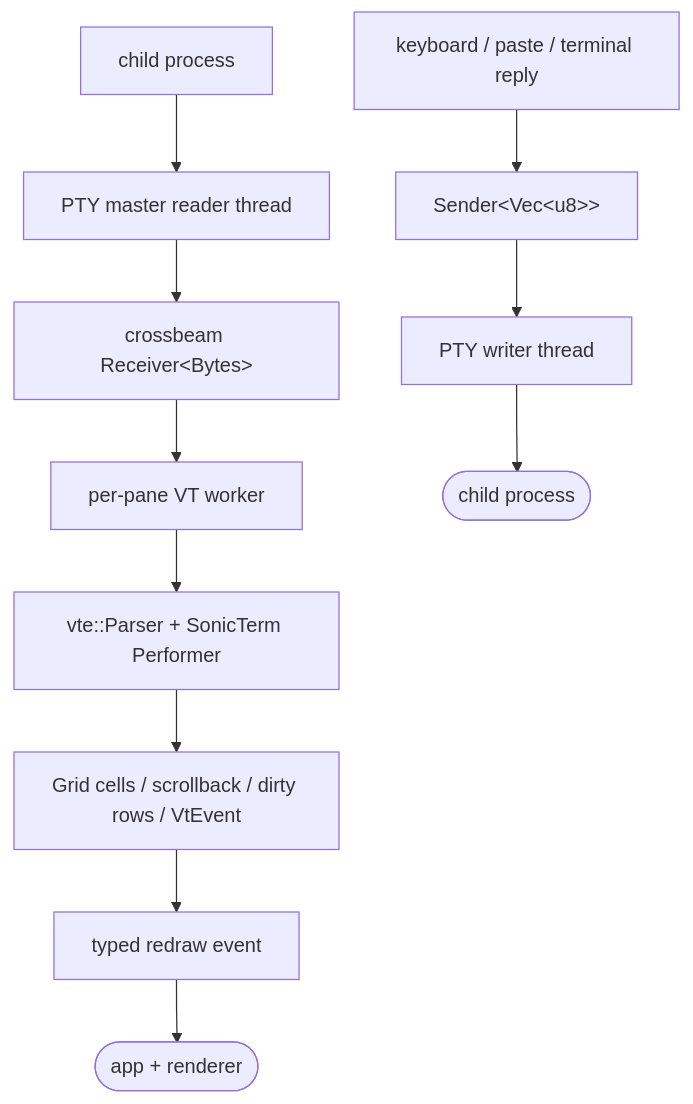
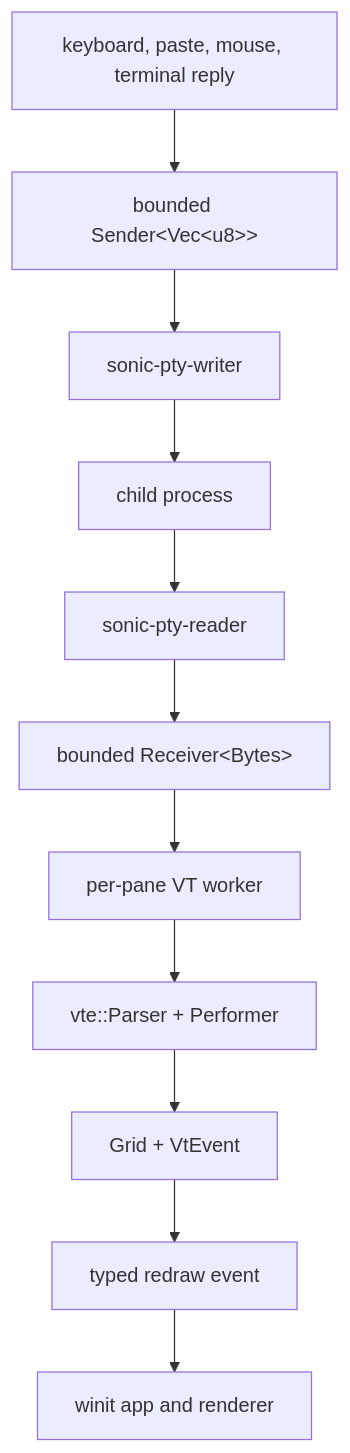
The first of 2 diagrams in wiki/Terminal-IO-and-VT.md (D0n9X1n/SonicTerm), drawn with Mermaid before and after one commit. The commit also changed other lines of this file and 33 other files, not shown here.

First line of the commit message:
fix(mouse): route TUI input and refresh the wiki (#1145)

````diff
--- a/wiki/Terminal-IO-and-VT.md
+++ b/wiki/Terminal-IO-and-VT.md
@@ -11,28 +21,14 @@
 ```mermaid
 flowchart TD
-    child["child process"]
-    reader["PTY master reader thread"]
-    recv["crossbeam Receiver&lt;Bytes&gt;"]
-    worker["per-pane VT worker"]
-    parser["vte::Parser + SonicTerm Performer"]
-    grid["Grid cells / scrollback / dirty rows / VtEvent"]
-    redraw["typed redraw event"]
-    app(["app + renderer"])
+    child["child process"] --> reader["sonic-pty-reader"]
+    reader --> output["bounded Receiver&lt;Bytes&gt;"]
+    output --> worker["per-pane VT worker"]
+    worker --> parser["vte::Parser + Performer"]
+    parser --> grid["Grid + VtEvent"]
+    grid --> redraw["typed redraw event"]
+    redraw --> app["winit app and renderer"]
 
-    child --> reader
-    reader --> recv
-    recv --> worker
-    worker --> parser
-    parser --> grid
-    grid --> redraw
-    redraw --> app
-
-    input["keyboard / paste / terminal reply"]
-    sender["Sender&lt;Vec&lt;u8&gt;&gt;"]
-    writer["PTY writer thread"]
-    child2(["child process"])
-
-    input --> sender
-    sender --> writer
-    writer --> child2
+    input["keyboard, paste, mouse, terminal reply"] --> queue["bounded Sender&lt;Vec&lt;u8&gt;&gt;"]
+    queue --> writer["sonic-pty-writer"]
+    writer --> child
 ```
````
